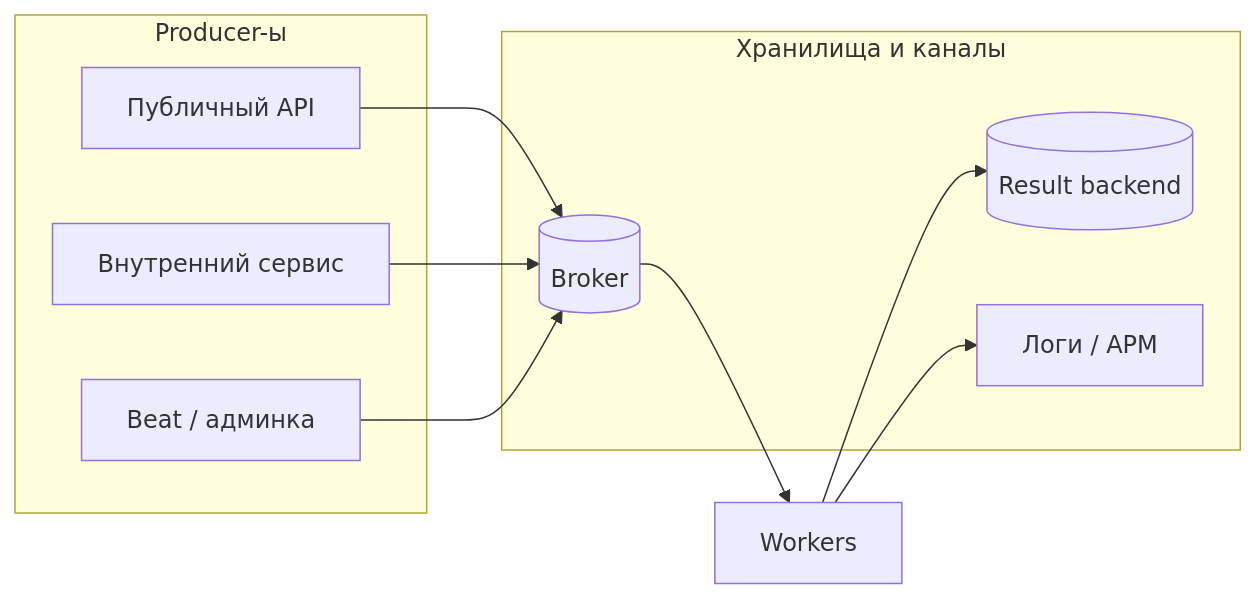
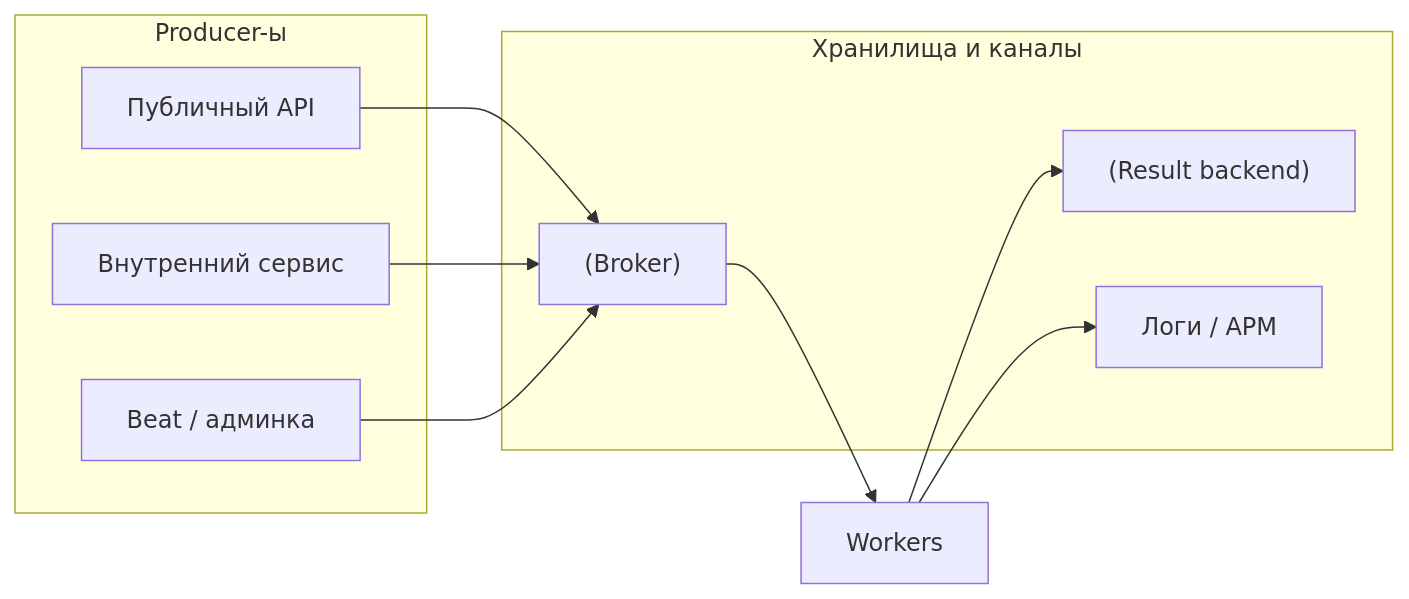
The first of 3 diagrams in directions/services/celery/pact/17_bezopasnost_celery/10_17_17_1_poverkhnost_ataki_celery_kontura.md (DDoSKudya/ai-study-atlas), drawn with Mermaid before and after one commit. The commit also changed other lines of this file and 322 other files, not shown here.

Commit message:
fix(docs): make mermaid diagrams GitHub-compatible across directions content

````diff
--- a/directions/services/celery/pact/17_bezopasnost_celery/10_17_17_1_poverkhnost_ataki_celery_kontura.md
+++ b/directions/services/celery/pact/17_bezopasnost_celery/10_17_17_1_poverkhnost_ataki_celery_kontura.md
@@ -230,20 +230,20 @@
 ```mermaid
 flowchart LR
   subgraph producers["Producer-ы"]
-    P1[Публичный API]
-    P2[Внутренний сервис]
-    P3[Beat / админка]
+    P1["Публичный API"]
+    P2["Внутренний сервис"]
+    P3["Beat / админка"]
   end
   subgraph storage["Хранилища и каналы"]
-    B[(Broker)]
-    R[(Result backend)]
-    L[Логи / APM]
+    B["(Broker)"]
+    R["(Result backend)"]
+    L["Логи / APM"]
   end
-  W[Workers]
+  W["Workers"]
   P1 --> B
   P2 --> B
   P3 --> B
   B --> W
   W --> R
   W --> L
 ```
````
